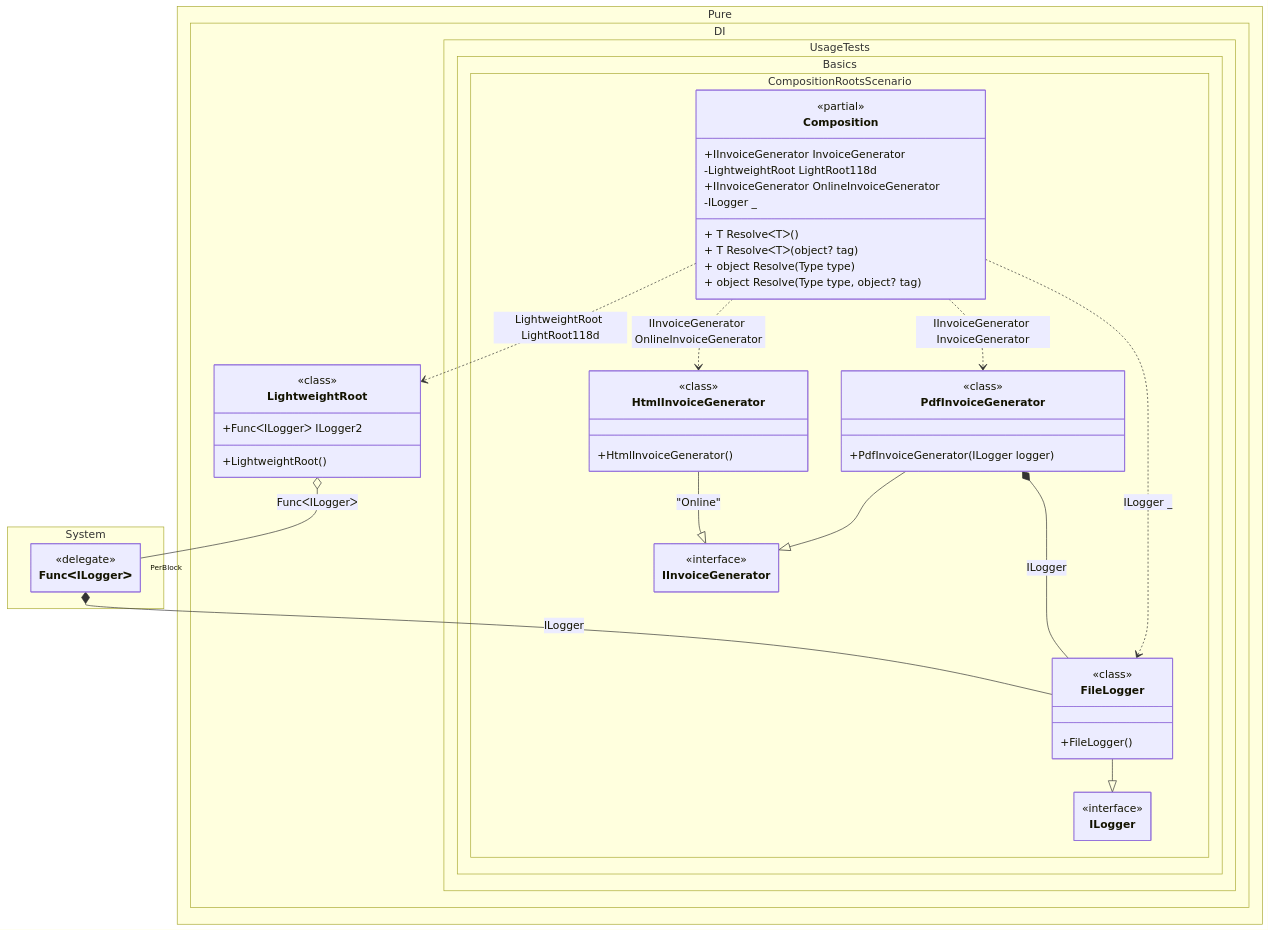
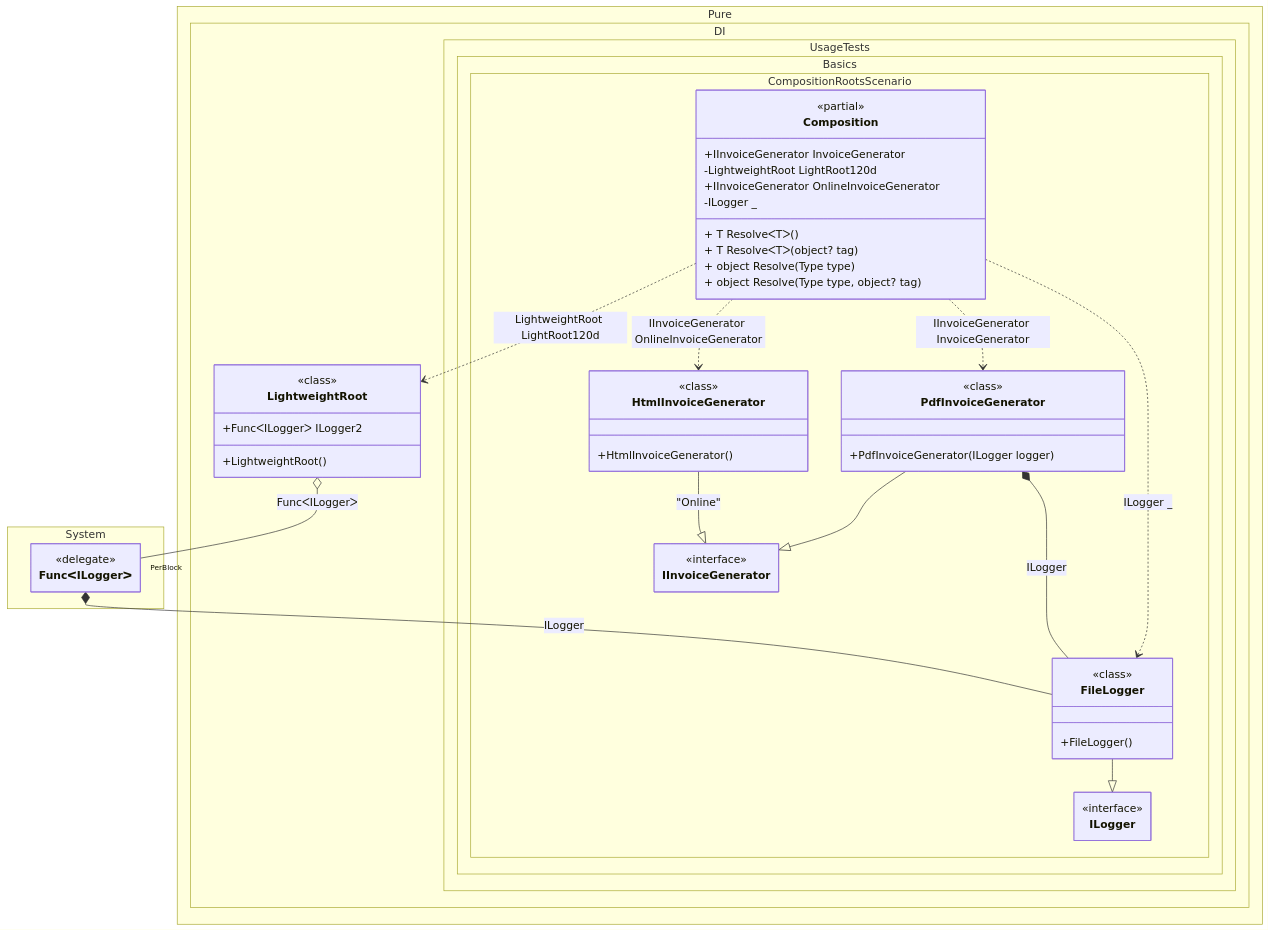
One commit to DevTeam/Pure.DI changed the diagram in readme/composition-roots.md. Above: the diagram before and after it, drawn with Mermaid. The commit also changed 40 other files, not shown here.

````diff
--- a/readme/composition-roots.md
+++ b/readme/composition-roots.md
@@ -324,63 +324,63 @@
 ```mermaid
 ---
  config:
   maxTextSize: 2147483647
   maxEdges: 2147483647
   class:
    hideEmptyMembersBox: true
 ---
 classDiagram
 	PdfInvoiceGenerator --|> IInvoiceGenerator
 	HtmlInvoiceGenerator --|> IInvoiceGenerator : "Online" 
 	FileLogger --|> ILogger
-	Composition ..> LightweightRoot : LightweightRoot LightRoot118d
+	Composition ..> LightweightRoot : LightweightRoot LightRoot120d
 	Composition ..> HtmlInvoiceGenerator : IInvoiceGenerator OnlineInvoiceGenerator
 	Composition ..> FileLogger : ILogger _
 	Composition ..> PdfInvoiceGenerator : IInvoiceGenerator InvoiceGenerator
 	PdfInvoiceGenerator *--  FileLogger : ILogger
 	LightweightRoot o-- "PerBlock" FuncᐸILoggerᐳ : FuncᐸILoggerᐳ
 	FuncᐸILoggerᐳ *--  FileLogger : ILogger
 	namespace Pure.DI {
 		class LightweightRoot {
 				<<class>>
 			+LightweightRoot()
 			+FuncᐸILoggerᐳ ILogger2
 		}
 	}
 	namespace Pure.DI.UsageTests.Basics.CompositionRootsScenario {
 		class Composition {
 		<<partial>>
 		+IInvoiceGenerator InvoiceGenerator
-		-LightweightRoot LightRoot118d
+		-LightweightRoot LightRoot120d
 		+IInvoiceGenerator OnlineInvoiceGenerator
 		-ILogger _
 		+ T ResolveᐸTᐳ()
 		+ T ResolveᐸTᐳ(object? tag)
 		+ object Resolve(Type type)
 		+ object Resolve(Type type, object? tag)
 		}
 		class FileLogger {
 				<<class>>
 			+FileLogger()
 		}
 		class HtmlInvoiceGenerator {
 				<<class>>
 			+HtmlInvoiceGenerator()
 		}
 		class IInvoiceGenerator {
 			<<interface>>
 		}
 		class ILogger {
 			<<interface>>
 		}
 		class PdfInvoiceGenerator {
 				<<class>>
 			+PdfInvoiceGenerator(ILogger logger)
 		}
 	}
 	namespace System {
 		class FuncᐸILoggerᐳ {
 				<<delegate>>
 		}
 	}
 ```
````
